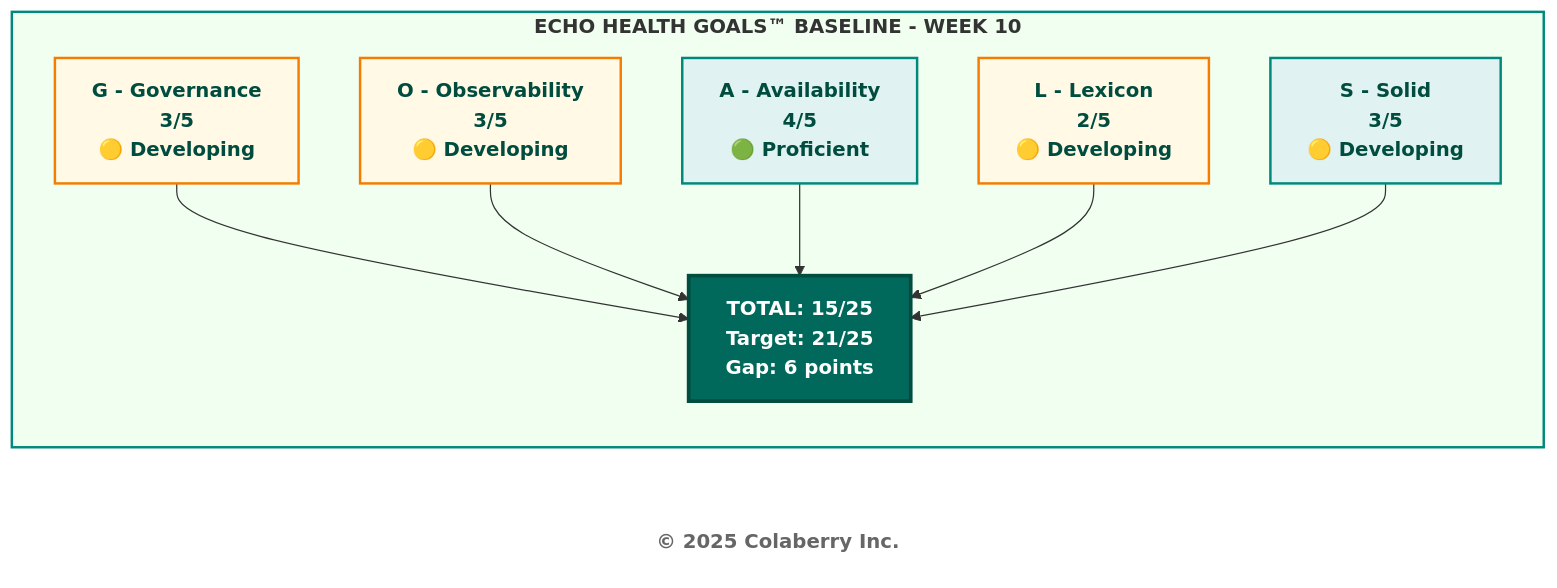
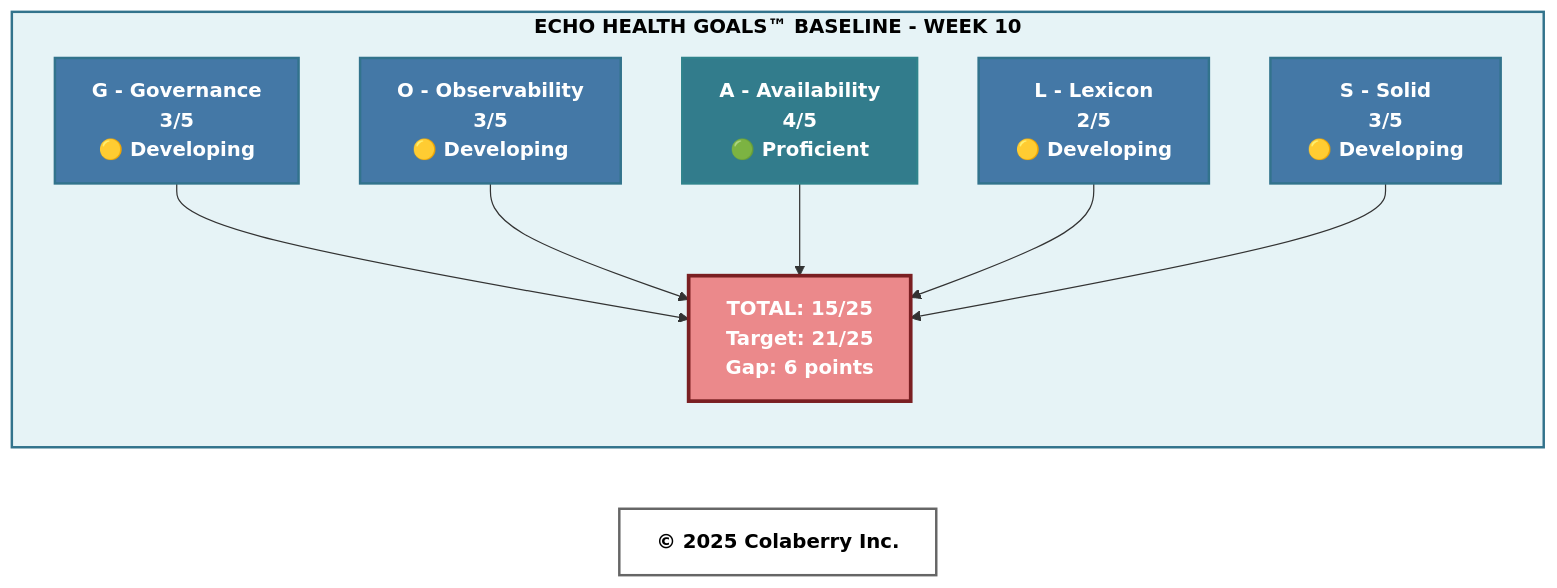
Before and after one commit to saitejesh-cyber/trust-before-intelligence-book: the second of 11 diagrams in manuscript/09_chapter_8_architecture_of_trust_in_action.md, drawn with Mermaid. The commit also changed other lines of this file, not shown here.

Commit message:
Update mermaid diagrams as per new coloberry color and contrast ratio for chapter 9

````diff
--- a/manuscript/09_chapter_8_architecture_of_trust_in_action.md
+++ b/manuscript/09_chapter_8_architecture_of_trust_in_action.md
@@ -63,29 +63,29 @@
 ```mermaid
 graph LR
     subgraph BASELINE["<b>ECHO HEALTH GOALS™ BASELINE - WEEK 10</b>"]
         G["<b>G - Governance</b><br/><b>3/5</b><br/><b>🟡 Developing</b>"]
         O["<b>O - Observability</b><br/><b>3/5</b><br/><b>🟡 Developing</b>"]
         A["<b>A - Availability</b><br/><b>4/5</b><br/><b>🟢 Proficient</b>"]
         L["<b>L - Lexicon</b><br/><b>2/5</b><br/><b>🟡 Developing</b>"]
         S["<b>S - Solid</b><br/><b>3/5</b><br/><b>🟡 Developing</b>"]
         
         TOTAL["<b>TOTAL: 15/25</b><br/><b>Target: 21/25</b><br/><b>Gap: 6 points</b>"]
     end
     
     G --> TOTAL
     O --> TOTAL
     A --> TOTAL
     L --> TOTAL
     S --> TOTAL
     
-    style BASELINE fill:#f0fff0,stroke:#00897b,stroke-width:2px
-    style G fill:#fff9e6,stroke:#f57c00,stroke-width:2px,color:#004d40
-    style O fill:#fff9e6,stroke:#f57c00,stroke-width:2px,color:#004d40
-    style A fill:#e0f2f1,stroke:#00897b,stroke-width:2px,color:#004d40
-    style L fill:#fff9e6,stroke:#f57c00,stroke-width:2px,color:#004d40
-    style S fill:#e0f2f1,stroke:#00897b,stroke-width:2px,color:#004d40
-    style TOTAL fill:#00695c,color:#ffffff,stroke:#004d40,stroke-width:3px
+    style BASELINE fill:#E6F3F6,stroke:#32738C,stroke-width:2px,color:#000000
+    style G fill:#4478A6,stroke:#32738C,stroke-width:2px,color:#ffffff
+    style O fill:#4478A6,stroke:#32738C,stroke-width:2px,color:#ffffff
+    style A fill:#327C8C,stroke:#30838C,stroke-width:2px,color:#ffffff
+    style L fill:#4478A6,stroke:#32738C,stroke-width:2px,color:#ffffff
+    style S fill:#4478A6,stroke:#32738C,stroke-width:2px,color:#ffffff
+    style TOTAL fill:#EB898B,stroke:#7A1F22,stroke-width:3px,color:#ffffff
     
     Copyright["<b>© 2025 Colaberry Inc.</b>"]
-    style Copyright fill:#ffffff,stroke:none,color:#666666
+    style Copyright fill:#ffffff,stroke:#666666,stroke-width:2px,color:#000000
 ```
````
